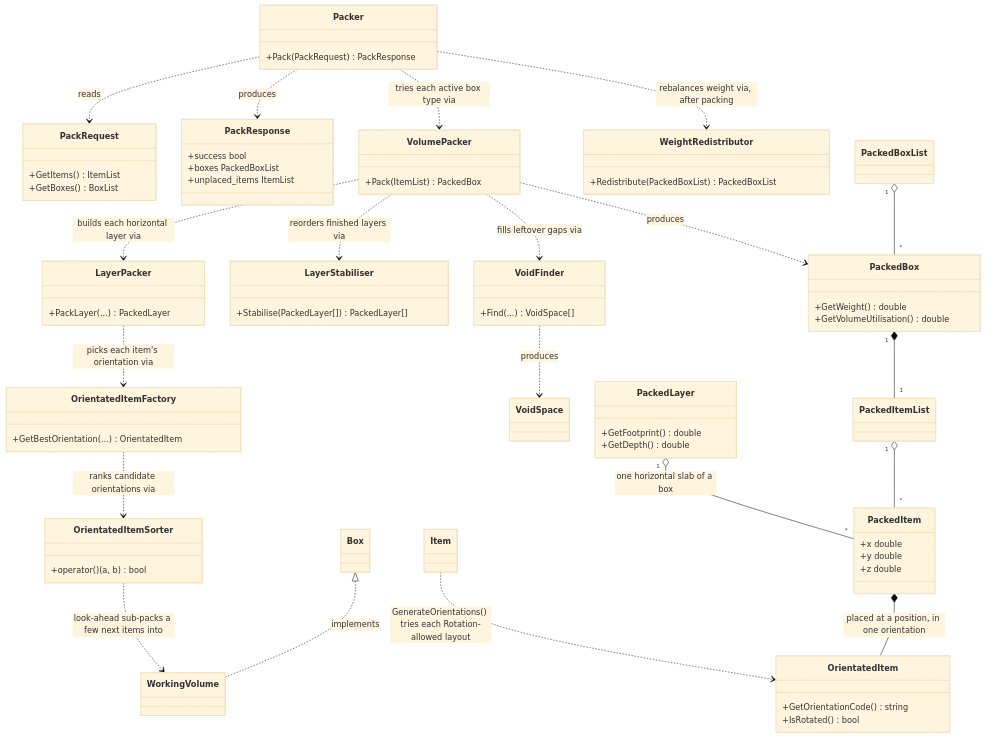
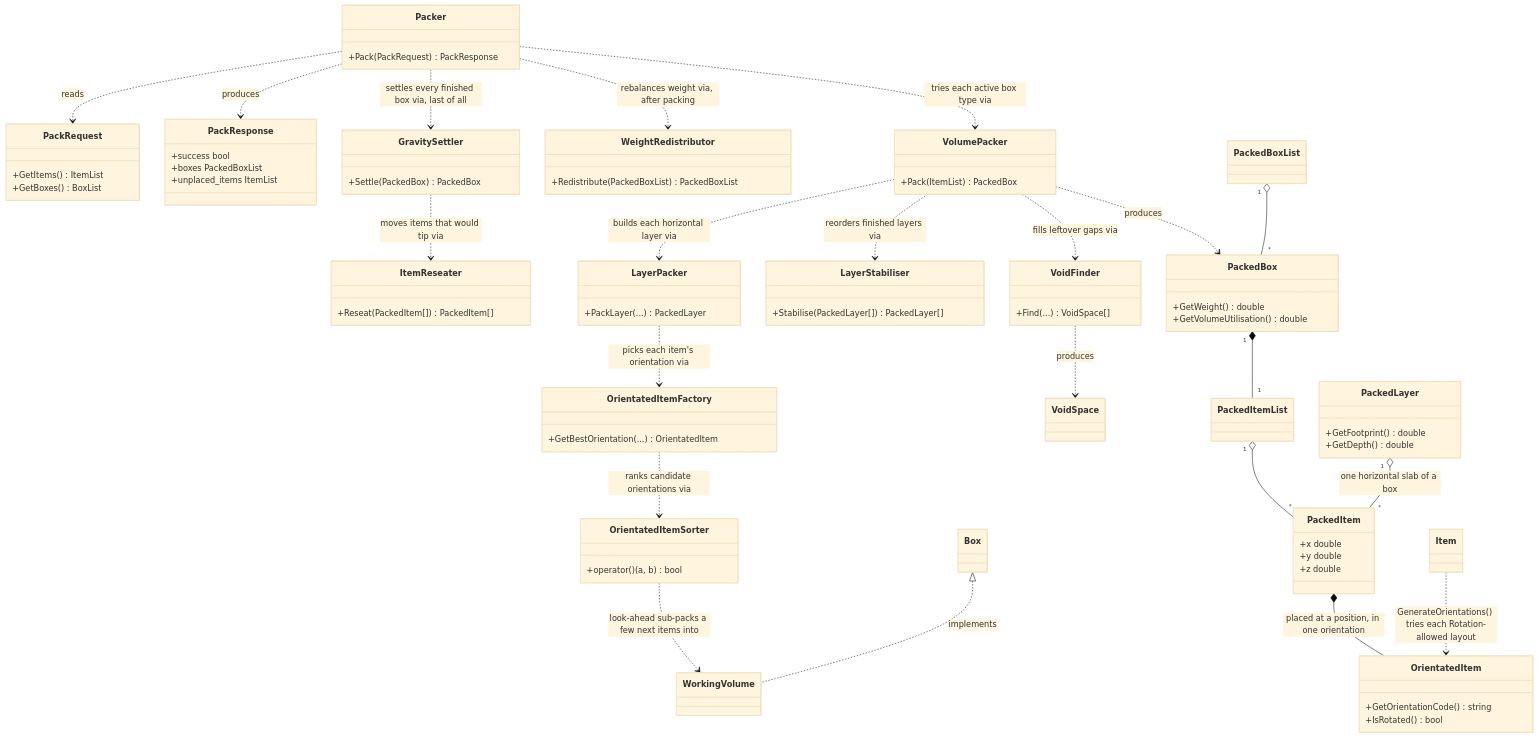
The third of 4 diagrams in README.md (FantasticDivision/Solver), drawn with Mermaid (base theme) before and after one commit. The commit also changed other lines of this file and 19 other files, not shown here.

```diff
--- a/README.md
+++ b/README.md
@@ -256,8 +259,16 @@
     class WeightRedistributor {
         +Redistribute(PackedBoxList) PackedBoxList
     }
+    class GravitySettler {
+        +Settle(PackedBox) PackedBox
+    }
+    class ItemReseater {
+        +Reseat(PackedItem[]) PackedItem[]
+    }
     Packer ..> VolumePacker : tries each active box type via
     Packer ..> WeightRedistributor : rebalances weight via, after packing
+    Packer ..> GravitySettler : settles every finished box via, last of all
+    GravitySettler ..> ItemReseater : moves items that would tip via
 
     class LayerPacker {
         +PackLayer(...) PackedLayer
```
